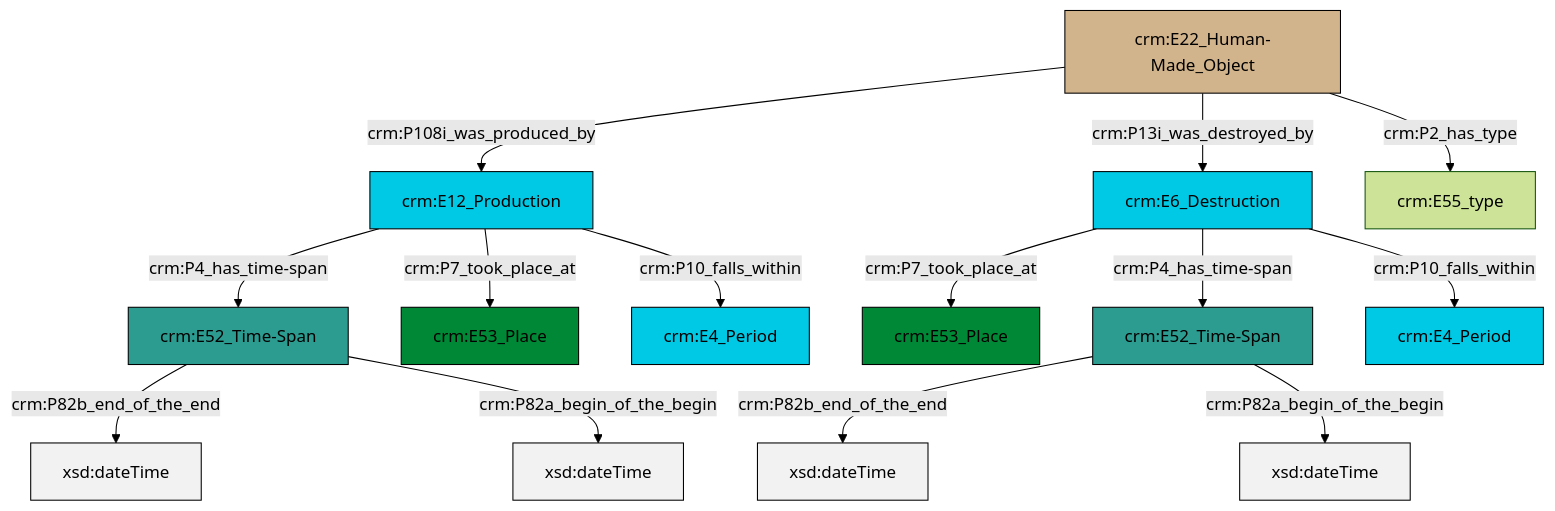
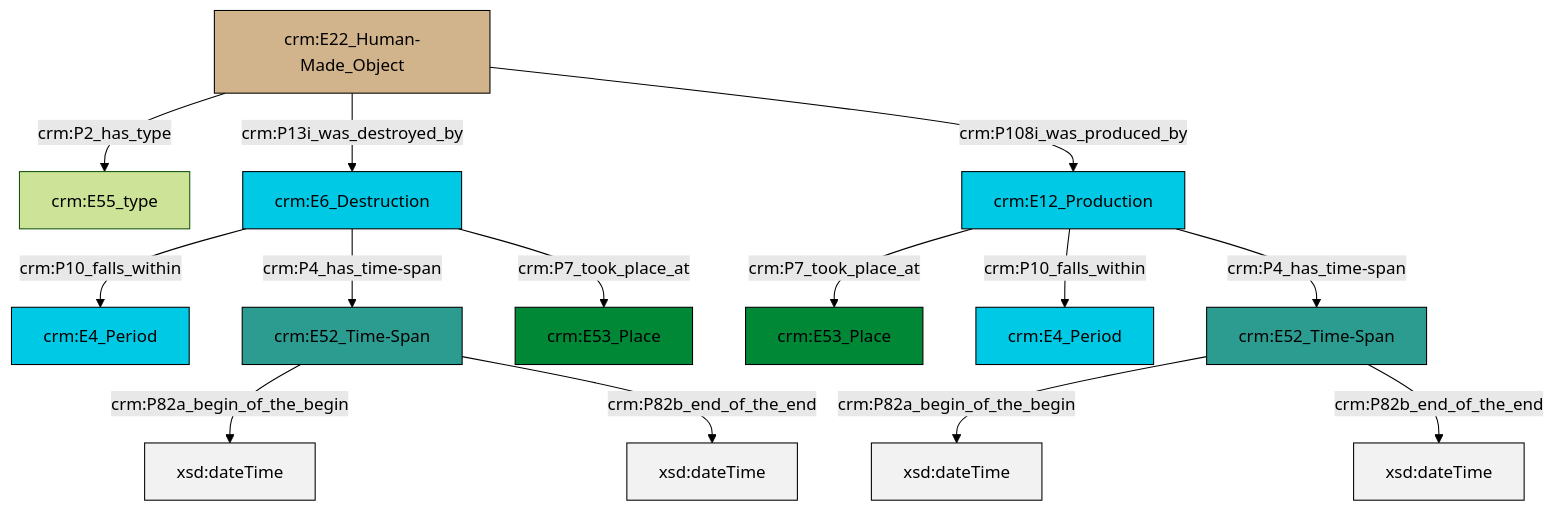
The diagram in et/builtWorkCSV/ttl/mmd/Built_Work_existence.ttl.mmd (swiss-art-research-net/docs.swissartresearch), drawn with Mermaid (forest theme) before and after one commit. The commit also changed 175 other files, not shown here.

```diff
--- a/et/builtWorkCSV/ttl/mmd/Built_Work_existence.ttl.mmd
+++ b/et/builtWorkCSV/ttl/mmd/Built_Work_existence.ttl.mmd
@@ -1,28 +1,28 @@
 graph TD
 classDef Literal fill:#f2f2f2,stroke:#000000;
 classDef CRM_Entity fill:#FFFFFF,stroke:#000000;
 classDef Temporal_Entity fill:#00C9E6, stroke:#000000;
 classDef Type fill:#E18312, stroke:#000000;
 classDef Time-Span fill:#2C9C91, stroke:#000000;
 classDef Appellation fill:#FFEB7F, stroke:#000000;
 classDef Place fill:#008836, stroke:#000000;
 classDef Persistent_Item fill:#B266B2, stroke:#000000;
 classDef Conceptual_Object fill:#FFD700, stroke:#000000;
 classDef Physical_Thing fill:#D2B48C, stroke:#000000;
 classDef Actor fill:#f58aad, stroke:#000000;
 classDef PC_Classes fill:#4ce600, stroke:#000000;
 classDef Multi fill:#cccccc,stroke:#000000;
 
-0["crm:E6_Destruction"]:::Temporal_Entity -->|crm:P7_took_place_at| 1["crm:E53_Place"]:::Place
-2["crm:E12_Production"]:::Temporal_Entity -->|crm:P4_has_time-span| 3["crm:E52_Time-Span"]:::Time-Span
-9["crm:E22_Human-Made_Object"]:::Physical_Thing -->|crm:P108i_was_produced_by| 2["crm:E12_Production"]:::Temporal_Entity
-2["crm:E12_Production"]:::Temporal_Entity -->|crm:P7_took_place_at| 10["crm:E53_Place"]:::Place
-2["crm:E12_Production"]:::Temporal_Entity -->|crm:P10_falls_within| 7["crm:E4_Period"]:::Temporal_Entity
-0["crm:E6_Destruction"]:::Temporal_Entity -->|crm:P4_has_time-span| 12["crm:E52_Time-Span"]:::Time-Span
-9["crm:E22_Human-Made_Object"]:::Physical_Thing -->|crm:P13i_was_destroyed_by| 0["crm:E6_Destruction"]:::Temporal_Entity
-12["crm:E52_Time-Span"]:::Time-Span -->|crm:P82b_end_of_the_end| 16[xsd:dateTime]:::Literal
-3["crm:E52_Time-Span"]:::Time-Span -->|crm:P82b_end_of_the_end| 20[xsd:dateTime]:::Literal
-0["crm:E6_Destruction"]:::Temporal_Entity -->|crm:P10_falls_within| 4["crm:E4_Period"]:::Temporal_Entity
-12["crm:E52_Time-Span"]:::Time-Span -->|crm:P82a_begin_of_the_begin| 21[xsd:dateTime]:::Literal
-3["crm:E52_Time-Span"]:::Time-Span -->|crm:P82a_begin_of_the_begin| 22[xsd:dateTime]:::Literal
-9["crm:E22_Human-Made_Object"]:::Physical_Thing -->|crm:P2_has_type| 17["crm:E55_type"]:::Default
+0["crm:E52_Time-Span"]:::Time-Span -->|crm:P82a_begin_of_the_begin| 1[xsd:dateTime]:::Literal
+2["crm:E12_Production"]:::Temporal_Entity -->|crm:P7_took_place_at| 3["crm:E53_Place"]:::Place
+6["crm:E22_Human-Made_Object"]:::Physical_Thing -->|crm:P2_has_type| 7["crm:E55_type"]:::Default
+6["crm:E22_Human-Made_Object"]:::Physical_Thing -->|crm:P13i_was_destroyed_by| 8["crm:E6_Destruction"]:::Temporal_Entity
+2["crm:E12_Production"]:::Temporal_Entity -->|crm:P10_falls_within| 9["crm:E4_Period"]:::Temporal_Entity
+8["crm:E6_Destruction"]:::Temporal_Entity -->|crm:P10_falls_within| 11["crm:E4_Period"]:::Temporal_Entity
+2["crm:E12_Production"]:::Temporal_Entity -->|crm:P4_has_time-span| 13["crm:E52_Time-Span"]:::Time-Span
+0["crm:E52_Time-Span"]:::Time-Span -->|crm:P82b_end_of_the_end| 15[xsd:dateTime]:::Literal
+8["crm:E6_Destruction"]:::Temporal_Entity -->|crm:P4_has_time-span| 0["crm:E52_Time-Span"]:::Time-Span
+8["crm:E6_Destruction"]:::Temporal_Entity -->|crm:P7_took_place_at| 4["crm:E53_Place"]:::Place
+13["crm:E52_Time-Span"]:::Time-Span -->|crm:P82a_begin_of_the_begin| 16[xsd:dateTime]:::Literal
+13["crm:E52_Time-Span"]:::Time-Span -->|crm:P82b_end_of_the_end| 21[xsd:dateTime]:::Literal
+6["crm:E22_Human-Made_Object"]:::Physical_Thing -->|crm:P108i_was_produced_by| 2["crm:E12_Production"]:::Temporal_Entity
```
